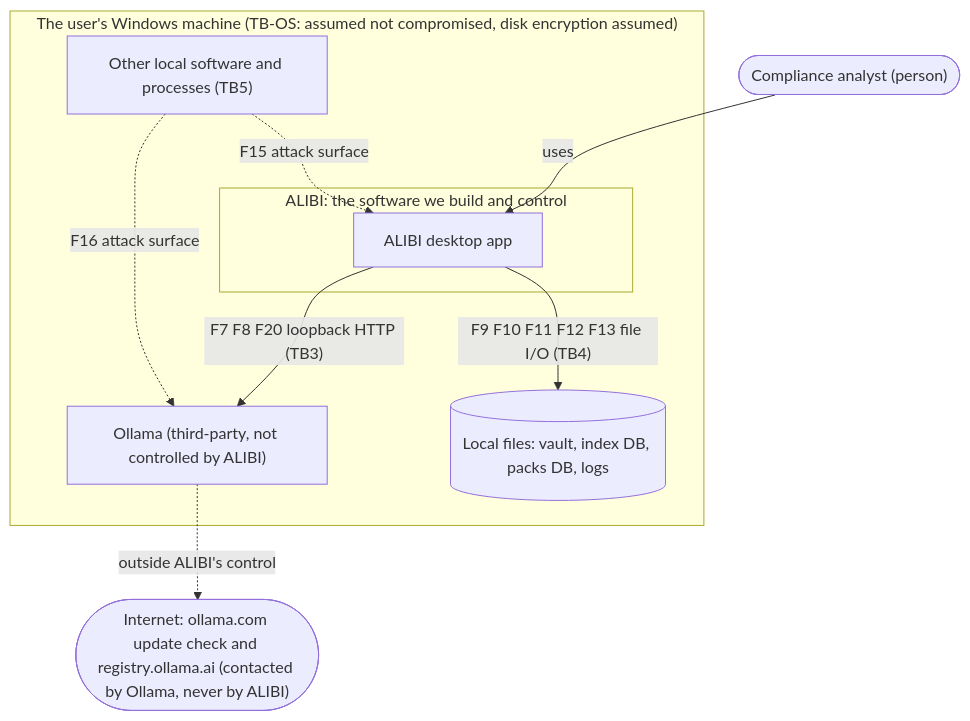
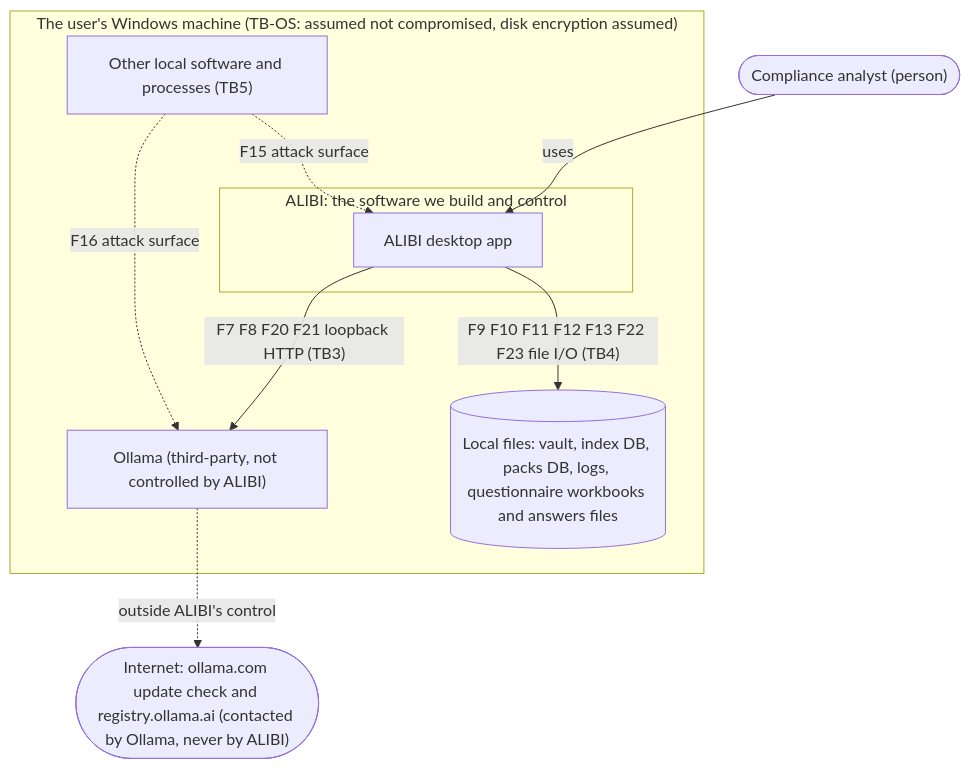
The first of 2 diagrams in docs/threat-model.md (mikeperrella/grc-second-brain), drawn with Mermaid before and after one commit. The commit also changed other lines of this file, not shown here.

````diff
--- a/docs/threat-model.md
+++ b/docs/threat-model.md
@@ -88,19 +88,19 @@
 ```mermaid
 flowchart TB
   user(["Compliance analyst (person)"])
   subgraph machine["The user's Windows machine (TB-OS: assumed not compromised, disk encryption assumed)"]
     subgraph alibi["ALIBI: the software we build and control"]
       app["ALIBI desktop app"]
     end
     ollama["Ollama (third-party, not controlled by ALIBI)"]
-    files[("Local files: vault, index DB, packs DB, logs")]
+    files[("Local files: vault, index DB, packs DB, logs, questionnaire workbooks and answers files")]
     other["Other local software and processes (TB5)"]
   end
   internet(["Internet: ollama.com update check and registry.ollama.ai (contacted by Ollama, never by ALIBI)"])
   user -->|"uses"| app
-  app -->|"F7 F8 F20 loopback HTTP (TB3)"| ollama
-  app -->|"F9 F10 F11 F12 F13 file I/O (TB4)"| files
+  app -->|"F7 F8 F20 F21 loopback HTTP (TB3)"| ollama
+  app -->|"F9 F10 F11 F12 F13 F22 F23 file I/O (TB4)"| files
   other -.->|"F15 attack surface"| app
   other -.->|"F16 attack surface"| ollama
   ollama -.->|"outside ALIBI's control"| internet
 ```
````
